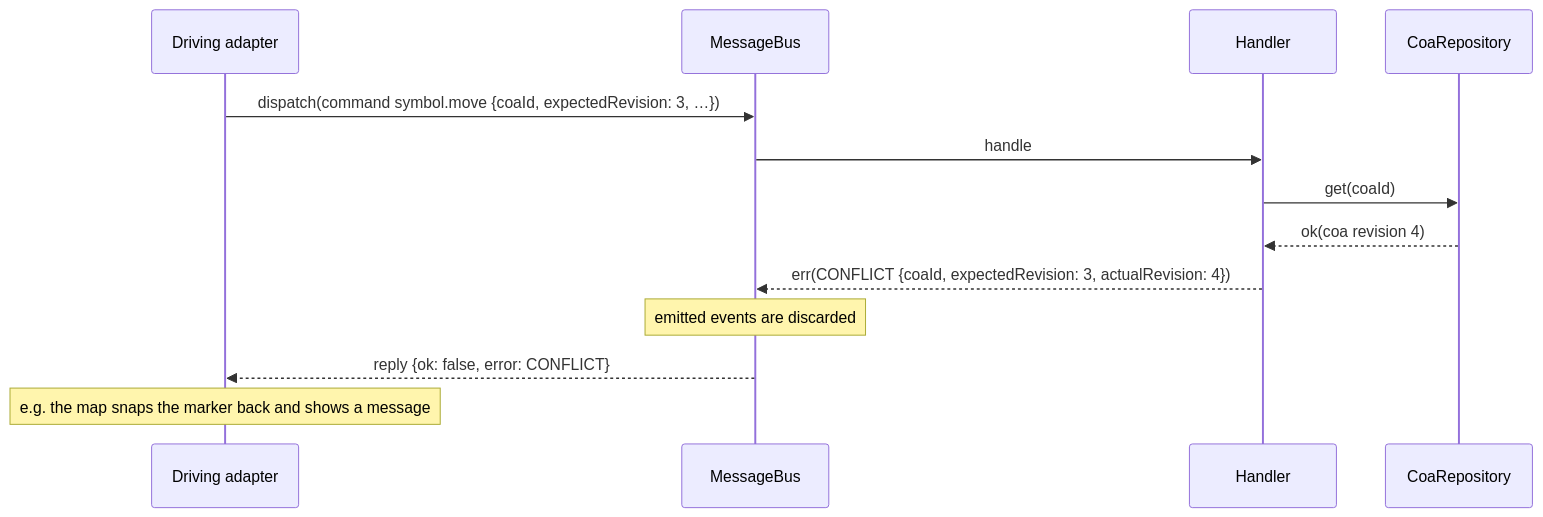
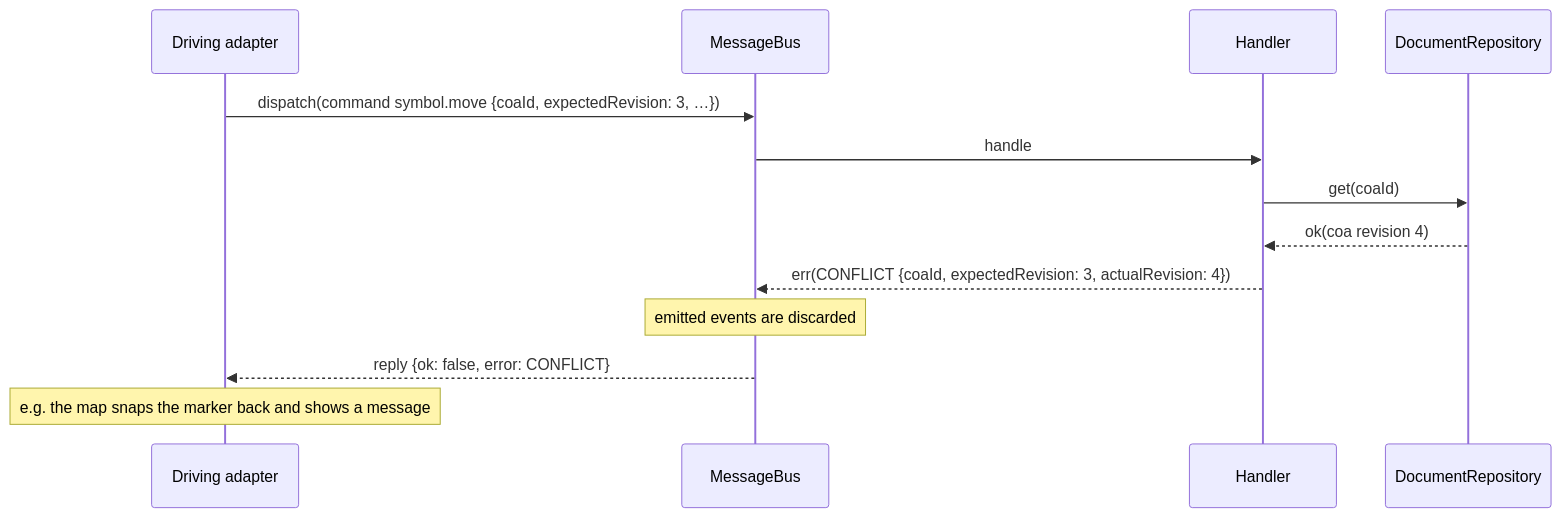
One commit to kentongoldthorpe/sidc changed the sixth of 9 diagrams in docs/ARCHITECTURE.md. Above: the diagram before and after it, drawn with Mermaid. The commit also changed other lines of this file and 65 other files, not shown here.

First line of the commit message:
M10-1 One storage port: DocumentRepository for COAs, settings and documents (D31)

````diff
--- a/docs/ARCHITECTURE.md
+++ b/docs/ARCHITECTURE.md
@@ -199,16 +198,16 @@
 ```mermaid
 sequenceDiagram
   participant UI as Driving adapter
   participant App as MessageBus
   participant H as Handler
-  participant R as CoaRepository
+  participant R as DocumentRepository
 
   UI->>App: dispatch(command symbol.move {coaId, expectedRevision: 3, …})
   App->>H: handle
   H->>R: get(coaId)
   R-->>H: ok(coa revision 4)
   H-->>App: err(CONFLICT {coaId, expectedRevision: 3, actualRevision: 4})
   Note over App: emitted events are discarded
   App-->>UI: reply {ok: false, error: CONFLICT}
   Note over UI: e.g. the map snaps the marker back and shows a message
 ```
````
